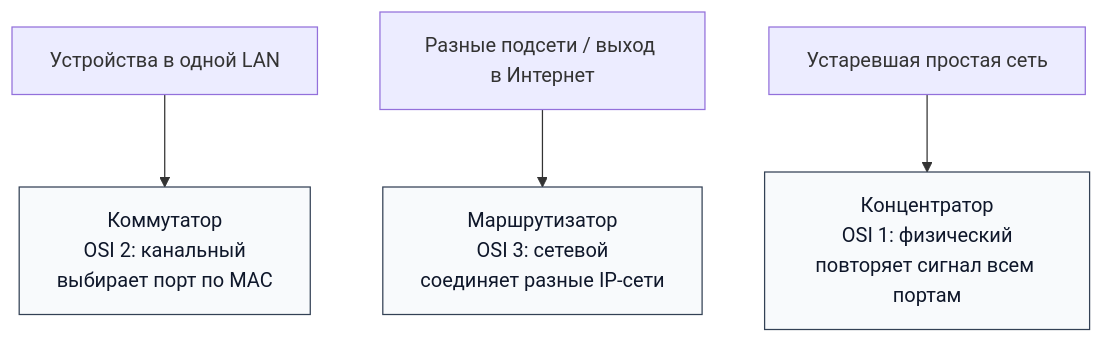
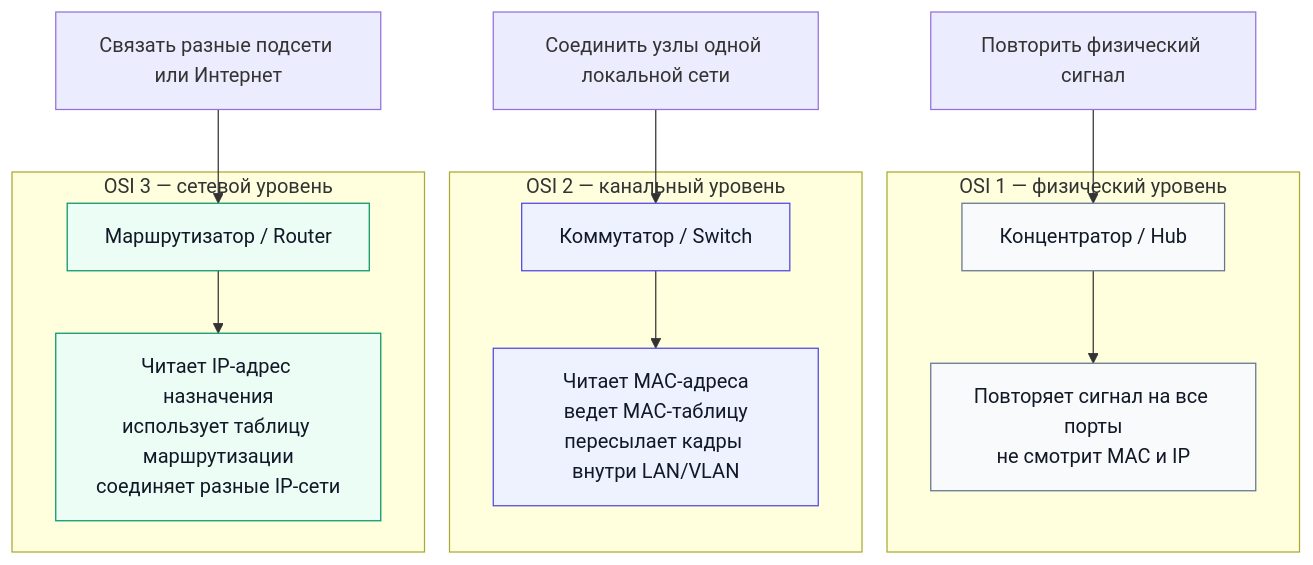
One commit to Mohanad0101/NetworSystemsQuestions changed the fourth of 32 diagrams in README.md. Above: the diagram before and after it, drawn with Mermaid. The commit also changed other lines of this file and 1 other file, not shown here.

````diff
--- a/README.md
+++ b/README.md
@@ -248,13 +288,31 @@
 ```mermaid
 flowchart TB
-    Hub[Концентратор<br/>OSI 1: физический<br/>повторяет сигнал всем портам]
-    Sw[Коммутатор<br/>OSI 2: канальный<br/>выбирает порт по MAC]
-    Rt[Маршрутизатор<br/>OSI 3: сетевой<br/>соединяет разные IP-сети]
+    subgraph L1["OSI 1 — физический уровень"]
+        H["Концентратор / Hub"]
+        H2["Повторяет сигнал на все порты<br/>не смотрит MAC и IP"]
+        H --> H2
+    end
 
-    One[Устройства в одной LAN] --> Sw
-    Different[Разные подсети / выход в Интернет] --> Rt
-    Old[Устаревшая простая сеть] --> Hub
+    subgraph L2["OSI 2 — канальный уровень"]
+        S["Коммутатор / Switch"]
+        S2["Читает MAC-адреса<br/>ведет MAC-таблицу<br/>пересылает кадры внутри LAN/VLAN"]
+        S --> S2
+    end
 
-    classDef dev fill:#f8fafc,stroke:#334155,color:#0f172a;
-    class Hub,Sw,Rt dev;
+    subgraph L3["OSI 3 — сетевой уровень"]
+        R["Маршрутизатор / Router"]
+        R2["Читает IP-адрес назначения<br/>использует таблицу маршрутизации<br/>соединяет разные IP-сети"]
+        R --> R2
+    end
+
+    Task1["Повторить физический сигнал"] --> H
+    Task2["Соединить узлы одной локальной сети"] --> S
+    Task3["Связать разные подсети или Интернет"] --> R
+
+    classDef hub fill:#f8fafc,stroke:#64748b,color:#111827;
+    classDef switch fill:#eef2ff,stroke:#4f46e5,color:#111827;
+    classDef router fill:#ecfdf5,stroke:#059669,color:#111827;
+    class H,H2 hub;
+    class S,S2 switch;
+    class R,R2 router;
 ```
````
